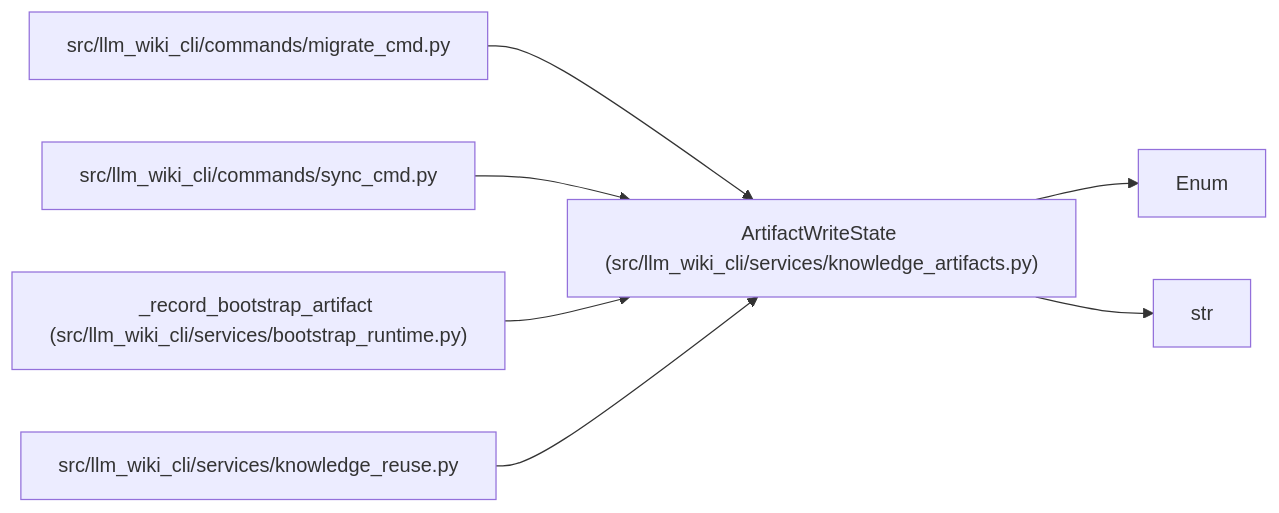
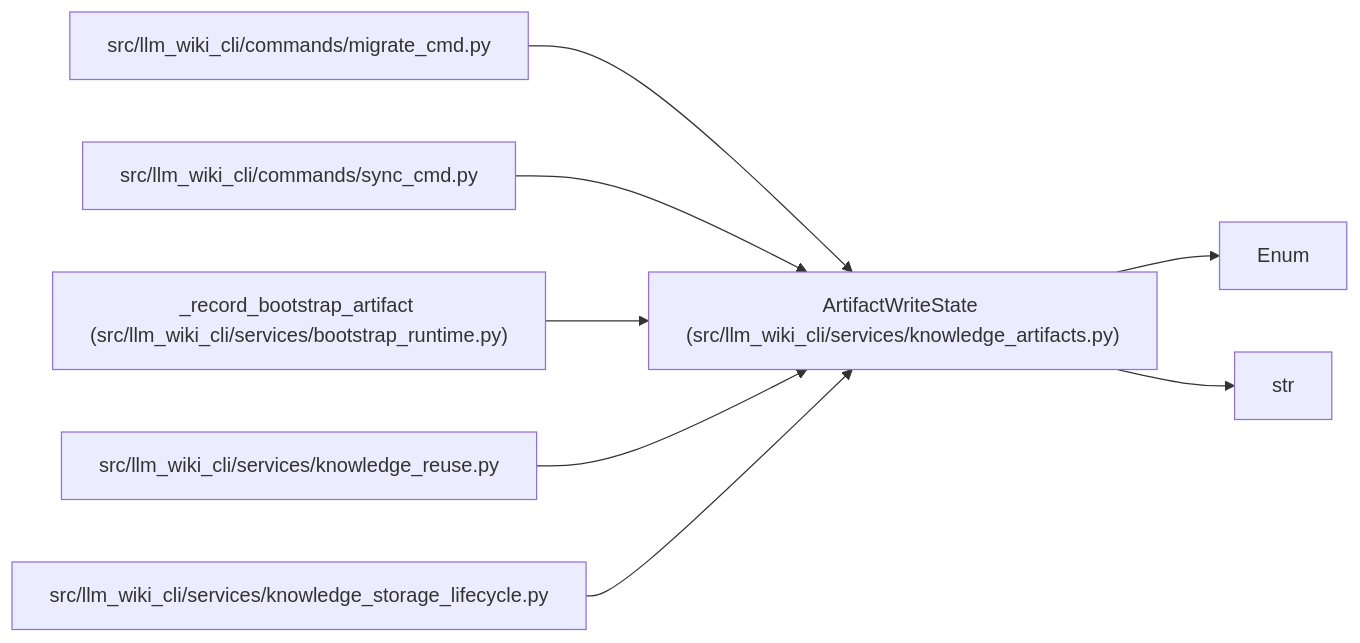
Before and after one commit to Denissvgn/python-wiki-llm: the diagram in docs/llm_wiki/entities/ArtifactWriteState.md, drawn with Mermaid. The commit also changed other lines of this file and 865 other files, not shown here.

First line of the commit message:
Add native task workflows and scalable indexed knowledge storage (#35)

````diff
--- a/docs/llm_wiki/entities/ArtifactWriteState.md
+++ b/docs/llm_wiki/entities/ArtifactWriteState.md
@@ -27,21 +27,24 @@
 ```mermaid
 flowchart LR
     n0["ArtifactWriteState (src/llm_wiki_cli/services/knowledge_artifacts.py)"]
     n1["Enum"]
     n2["str"]
     n3["src/llm_wiki_cli/commands/migrate_cmd.py"]
     n4["src/llm_wiki_cli/commands/sync_cmd.py"]
     n5["_record_bootstrap_artifact (src/llm_wiki_cli/services/bootstrap_runtime.py)"]
     n6["src/llm_wiki_cli/services/knowledge_reuse.py"]
+    n7["src/llm_wiki_cli/services/knowledge_storage_lifecycle.py"]
     n0 --> n1
     n0 --> n2
     n3 --> n0
     n4 --> n0
     n5 --> n0
     n6 --> n0
+    n7 --> n0
     click n0 "../modules/knowledge_artifacts.md"
     click n3 "../modules/migrate_cmd.md"
     click n4 "../modules/sync_cmd.md"
     click n5 "../modules/bootstrap_runtime.md"
     click n6 "../modules/knowledge_reuse.md"
+    click n7 "../modules/knowledge_storage_lifecycle.md"
 ```
````
